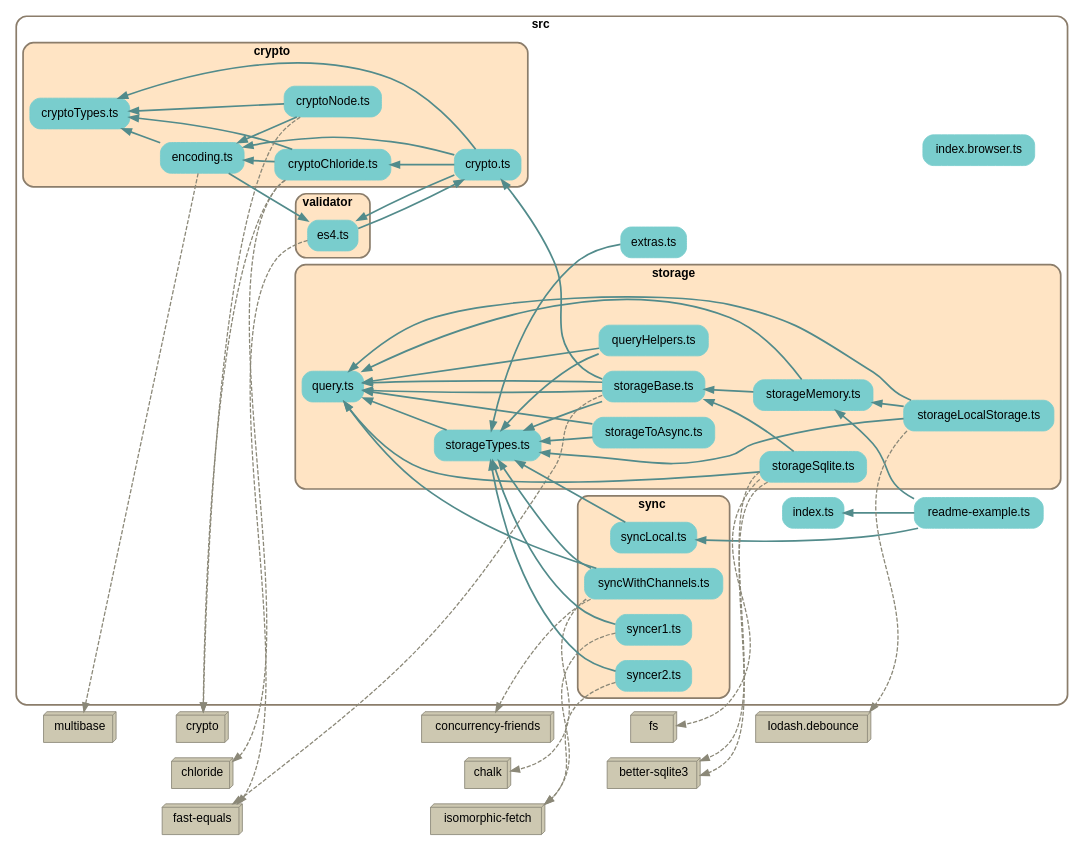
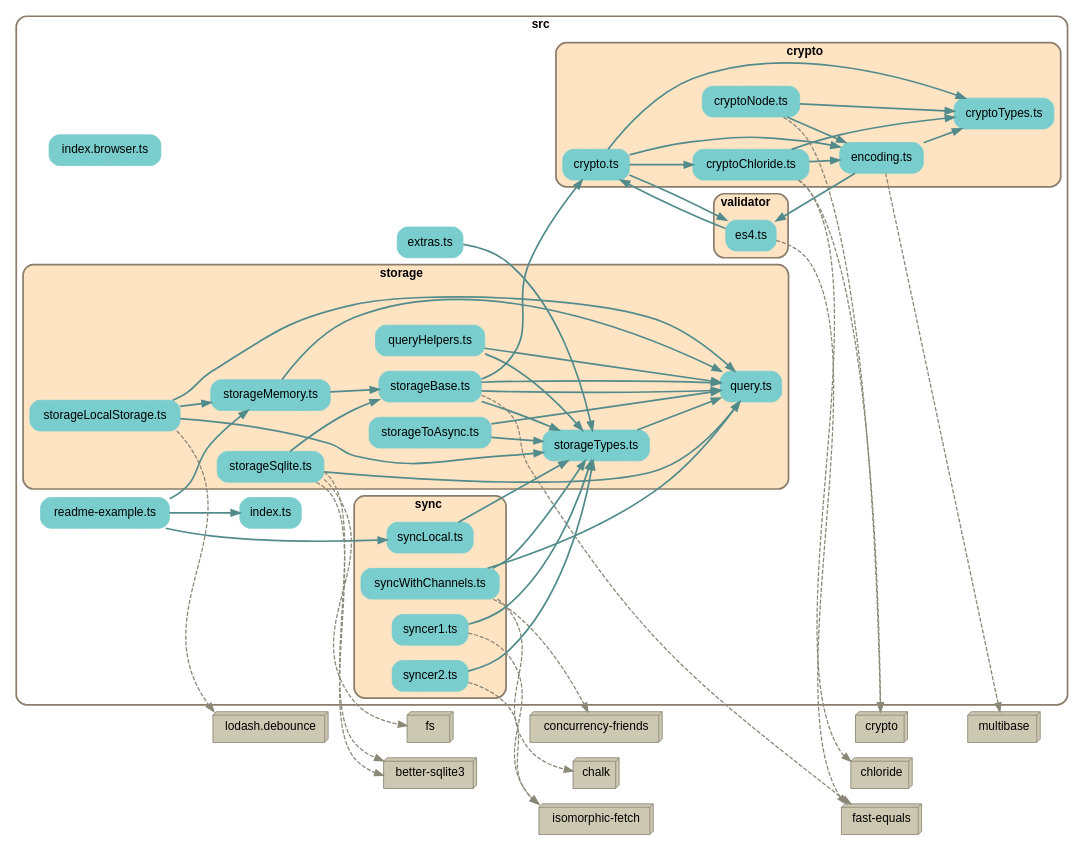
One commit to earthstar-project/earthstar changed the diagram in depchart.dot. Above: the diagram before and after it, drawn with Graphviz. The commit also changed 3 other files, not shown here.

```diff
--- a/depchart.dot
+++ b/depchart.dot
@@ -1,147 +1,147 @@
 
 digraph G {
     //splines=line;
     //splines=polyline;
     splines=true;
-    rankdir=RL;
+    rankdir=LR;
     //newrank=true;
     compound=true;
     graph [fontname = "helvetica"];  // dpi=72
     node [fontname = "helvetica"];
     edge [fontname = "helvetica"];
     
     // files in their folder clusters
 
-    subgraph cluster1137788808 {
+    subgraph cluster1242441587 {
         label=<<b>src</b>>;
         style="rounded";
         color=bisque4;
         penwidth=2;
                 
         "src/extras.ts" [label="extras.ts", shape=rectangle; style="rounded,filled"; color=darkslategray3];
         "src/index.browser.ts" [label="index.browser.ts", shape=rectangle; style="rounded,filled"; color=darkslategray3];
         "src/index.ts" [label="index.ts", shape=rectangle; style="rounded,filled"; color=darkslategray3];
         "src/readme-example.ts" [label="readme-example.ts", shape=rectangle; style="rounded,filled"; color=darkslategray3];
 
-        subgraph cluster7567053913 {
+        subgraph cluster4766328072 {
             label=<<b>crypto</b>>;
             style="rounded,filled";
             fillcolor=bisque;
             color=bisque4;
             penwidth=2;
                 
             "src/crypto/crypto.ts" [label="crypto.ts", shape=rectangle; style="rounded,filled"; color=darkslategray3];
             "src/crypto/cryptoChloride.ts" [label="cryptoChloride.ts", shape=rectangle; style="rounded,filled"; color=darkslategray3];
             "src/crypto/cryptoNode.ts" [label="cryptoNode.ts", shape=rectangle; style="rounded,filled"; color=darkslategray3];
             "src/crypto/cryptoTypes.ts" [label="cryptoTypes.ts", shape=rectangle; style="rounded,filled"; color=darkslategray3];
             "src/crypto/encoding.ts" [label="encoding.ts", shape=rectangle; style="rounded,filled"; color=darkslategray3];
         }
 
-        subgraph cluster4326192970 {
+        subgraph cluster786744886 {
             label=<<b>storage</b>>;
             style="rounded,filled";
             fillcolor=bisque;
             color=bisque4;
             penwidth=2;
                 
             "src/storage/query.ts" [label="query.ts", shape=rectangle; style="rounded,filled"; color=darkslategray3];
             "src/storage/queryHelpers.ts" [label="queryHelpers.ts", shape=rectangle; style="rounded,filled"; color=darkslategray3];
             "src/storage/storageBase.ts" [label="storageBase.ts", shape=rectangle; style="rounded,filled"; color=darkslategray3];
             "src/storage/storageLocalStorage.ts" [label="storageLocalStorage.ts", shape=rectangle; style="rounded,filled"; color=darkslategray3];
             "src/storage/storageMemory.ts" [label="storageMemory.ts", shape=rectangle; style="rounded,filled"; color=darkslategray3];
             "src/storage/storageSqlite.ts" [label="storageSqlite.ts", shape=rectangle; style="rounded,filled"; color=darkslategray3];
             "src/storage/storageToAsync.ts" [label="storageToAsync.ts", shape=rectangle; style="rounded,filled"; color=darkslategray3];
             "src/storage/storageTypes.ts" [label="storageTypes.ts", shape=rectangle; style="rounded,filled"; color=darkslategray3];
         }
 
-        subgraph cluster7242525918 {
+        subgraph cluster9677068709 {
             label=<<b>sync</b>>;
             style="rounded,filled";
             fillcolor=bisque;
             color=bisque4;
             penwidth=2;
                 
             "src/sync/syncLocal.ts" [label="syncLocal.ts", shape=rectangle; style="rounded,filled"; color=darkslategray3];
             "src/sync/syncWithChannels.ts" [label="syncWithChannels.ts", shape=rectangle; style="rounded,filled"; color=darkslategray3];
             "src/sync/syncer1.ts" [label="syncer1.ts", shape=rectangle; style="rounded,filled"; color=darkslategray3];
             "src/sync/syncer2.ts" [label="syncer2.ts", shape=rectangle; style="rounded,filled"; color=darkslategray3];
         }
 
-        subgraph cluster6794025274 {
+        subgraph cluster4759481671 {
             label=<<b>validator</b>>;
             style="rounded,filled";
             fillcolor=bisque;
             color=bisque4;
             penwidth=2;
                 
             "src/validator/es4.ts" [label="es4.ts", shape=rectangle; style="rounded,filled"; color=darkslategray3];
         }
     }
 
     // packages not in their own cluster
         "crypto" [shape=box3d, style=filled, fillcolor=cornsilk3, color=cornsilk4];
         "chloride" [shape=box3d, style=filled, fillcolor=cornsilk3, color=cornsilk4];
         "multibase" [shape=box3d, style=filled, fillcolor=cornsilk3, color=cornsilk4];
         "fast-equals" [shape=box3d, style=filled, fillcolor=cornsilk3, color=cornsilk4];
         "lodash.debounce" [shape=box3d, style=filled, fillcolor=cornsilk3, color=cornsilk4];
         "fs" [shape=box3d, style=filled, fillcolor=cornsilk3, color=cornsilk4];
         "better-sqlite3" [shape=box3d, style=filled, fillcolor=cornsilk3, color=cornsilk4];
         "chalk" [shape=box3d, style=filled, fillcolor=cornsilk3, color=cornsilk4];
         "concurrency-friends" [shape=box3d, style=filled, fillcolor=cornsilk3, color=cornsilk4];
         "isomorphic-fetch" [shape=box3d, style=filled, fillcolor=cornsilk3, color=cornsilk4];
 
     // edges between files
     "src/crypto/crypto.ts" -> "src/crypto/cryptoChloride.ts" [penwidth=2; color=darkslategray4];
     "src/crypto/crypto.ts" -> "src/crypto/cryptoTypes.ts" [penwidth=2; color=darkslategray4];
     "src/crypto/crypto.ts" -> "src/crypto/encoding.ts" [penwidth=2; color=darkslategray4];
     "src/crypto/crypto.ts" -> "src/validator/es4.ts" [penwidth=2; color=darkslategray4];
     "src/crypto/cryptoChloride.ts" -> "src/crypto/cryptoTypes.ts" [penwidth=2; color=darkslategray4];
     "src/crypto/cryptoChloride.ts" -> "src/crypto/encoding.ts" [penwidth=2; color=darkslategray4];
     "src/crypto/cryptoNode.ts" -> "src/crypto/cryptoTypes.ts" [penwidth=2; color=darkslategray4];
     "src/crypto/cryptoNode.ts" -> "src/crypto/encoding.ts" [penwidth=2; color=darkslategray4];
     "src/crypto/encoding.ts" -> "src/crypto/cryptoTypes.ts" [penwidth=2; color=darkslategray4];
     "src/crypto/encoding.ts" -> "src/validator/es4.ts" [penwidth=2; color=darkslategray4];
     "src/extras.ts" -> "src/storage/storageTypes.ts" [penwidth=2; color=darkslategray4];
     "src/readme-example.ts" -> "src/index.ts" [penwidth=2; color=darkslategray4];
     "src/readme-example.ts" -> "src/storage/storageMemory.ts" [penwidth=2; color=darkslategray4];
     "src/readme-example.ts" -> "src/sync/syncLocal.ts" [penwidth=2; color=darkslategray4];
     "src/storage/queryHelpers.ts" -> "src/storage/storageTypes.ts" [penwidth=2; color=darkslategray4];
     "src/storage/queryHelpers.ts" -> "src/storage/query.ts" [penwidth=2; color=darkslategray4];
     "src/storage/storageBase.ts" -> "src/storage/storageTypes.ts" [penwidth=2; color=darkslategray4];
     "src/storage/storageBase.ts" -> "src/storage/query.ts" [penwidth=2; color=darkslategray4];
     "src/storage/storageBase.ts" -> "src/crypto/crypto.ts" [penwidth=2; color=darkslategray4];
     "src/storage/storageBase.ts" -> "src/storage/query.ts" [penwidth=2; color=darkslategray4];
     "src/storage/storageLocalStorage.ts" -> "src/storage/storageTypes.ts" [penwidth=2; color=darkslategray4];
     "src/storage/storageLocalStorage.ts" -> "src/storage/query.ts" [penwidth=2; color=darkslategray4];
     "src/storage/storageLocalStorage.ts" -> "src/storage/storageMemory.ts" [penwidth=2; color=darkslategray4];
     "src/storage/storageMemory.ts" -> "src/storage/query.ts" [penwidth=2; color=darkslategray4];
     "src/storage/storageMemory.ts" -> "src/storage/storageBase.ts" [penwidth=2; color=darkslategray4];
     "src/storage/storageSqlite.ts" -> "src/storage/query.ts" [penwidth=2; color=darkslategray4];
     "src/storage/storageSqlite.ts" -> "src/storage/storageBase.ts" [penwidth=2; color=darkslategray4];
     "src/storage/storageToAsync.ts" -> "src/storage/query.ts" [penwidth=2; color=darkslategray4];
     "src/storage/storageToAsync.ts" -> "src/storage/storageTypes.ts" [penwidth=2; color=darkslategray4];
     "src/storage/storageTypes.ts" -> "src/storage/query.ts" [penwidth=2; color=darkslategray4];
     "src/sync/syncLocal.ts" -> "src/storage/storageTypes.ts" [penwidth=2; color=darkslategray4];
     "src/sync/syncWithChannels.ts" -> "src/storage/query.ts" [penwidth=2; color=darkslategray4];
     "src/sync/syncWithChannels.ts" -> "src/storage/storageTypes.ts" [penwidth=2; color=darkslategray4];
     "src/sync/syncer1.ts" -> "src/storage/storageTypes.ts" [penwidth=2; color=darkslategray4];
     "src/sync/syncer2.ts" -> "src/storage/storageTypes.ts" [penwidth=2; color=darkslategray4];
     "src/validator/es4.ts" -> "src/crypto/crypto.ts" [penwidth=2; color=darkslategray4];
 
     // edges from files to packages
     "src/crypto/cryptoChloride.ts" -> "crypto" [penwidth=1.5; style=dashed, color=cornsilk4, weight=1];
     "src/crypto/cryptoChloride.ts" -> "chloride" [penwidth=1.5; style=dashed, color=cornsilk4, weight=1];
     "src/crypto/cryptoNode.ts" -> "crypto" [penwidth=1.5; style=dashed, color=cornsilk4, weight=1];
     "src/crypto/encoding.ts" -> "multibase" [penwidth=1.5; style=dashed, color=cornsilk4, weight=1];
     "src/storage/storageBase.ts" -> "fast-equals" [penwidth=1.5; style=dashed, color=cornsilk4, weight=1];
     "src/storage/storageLocalStorage.ts" -> "lodash.debounce" [penwidth=1.5; style=dashed, color=cornsilk4, weight=1];
     "src/storage/storageSqlite.ts" -> "fs" [penwidth=1.5; style=dashed, color=cornsilk4, weight=1];
     "src/storage/storageSqlite.ts" -> "better-sqlite3" [penwidth=1.5; style=dashed, color=cornsilk4, weight=1];
     "src/storage/storageSqlite.ts" -> "better-sqlite3" [penwidth=1.5; style=dashed, color=cornsilk4, weight=1];
     "src/sync/syncWithChannels.ts" -> "chalk" [penwidth=1.5; style=dashed, color=cornsilk4, weight=1];
     "src/sync/syncWithChannels.ts" -> "concurrency-friends" [penwidth=1.5; style=dashed, color=cornsilk4, weight=1];
     "src/sync/syncer1.ts" -> "isomorphic-fetch" [penwidth=1.5; style=dashed, color=cornsilk4, weight=1];
     "src/sync/syncer2.ts" -> "isomorphic-fetch" [penwidth=1.5; style=dashed, color=cornsilk4, weight=1];
     "src/validator/es4.ts" -> "fast-equals" [penwidth=1.5; style=dashed, color=cornsilk4, weight=1];
 
 }
```
